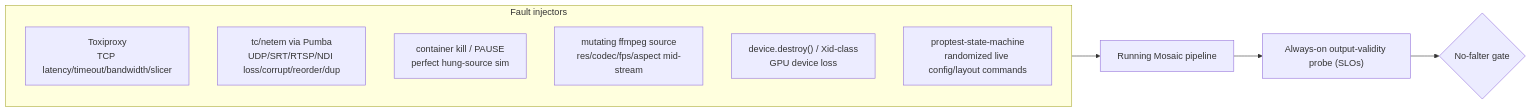
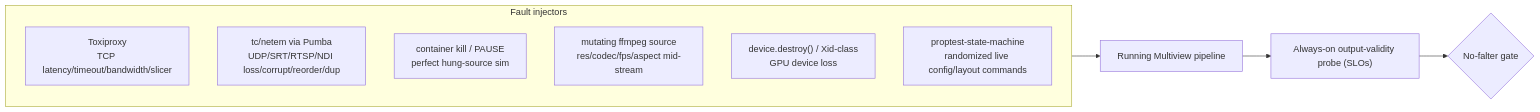
The second of 3 diagrams in docs/operations/testing-and-benchmarking.md (aperim/multiview), drawn with Mermaid before and after one commit. The commit also changed other lines of this file and 1009 other files, not shown here.

First line of the commit message:
refactor: rename project mosaic → multiview

````diff
--- a/docs/operations/testing-and-benchmarking.md
+++ b/docs/operations/testing-and-benchmarking.md
@@ -161,14 +161,14 @@
 ```mermaid
 flowchart LR
     subgraph INJECT["Fault injectors"]
       TP["Toxiproxy\nTCP latency/timeout/bandwidth/slicer"]
       NETEM["tc/netem via Pumba\nUDP/SRT/RTSP/NDI loss/corrupt/reorder/dup"]
       KILL["container kill / PAUSE\nperfect hung-source sim"]
       MUT["mutating ffmpeg source\nres/codec/fps/aspect mid-stream"]
       DEV["device.destroy() / Xid-class\nGPU device loss"]
       PBT["proptest-state-machine\nrandomized live config/layout commands"]
     end
-    INJECT --> PIPE["Running Mosaic pipeline"]
+    INJECT --> PIPE["Running Multiview pipeline"]
     PIPE --> PROBE["Always-on output-validity probe (SLOs)"]
     PROBE --> GATE{"No-falter gate"}
 ```
````
